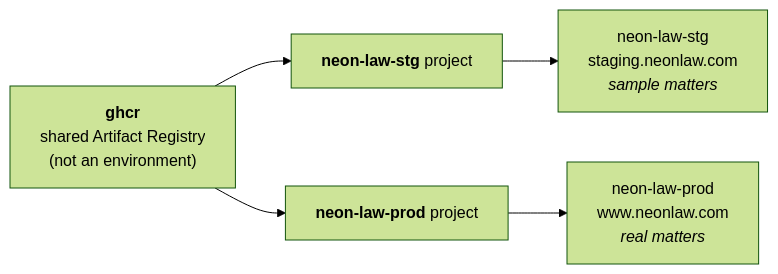
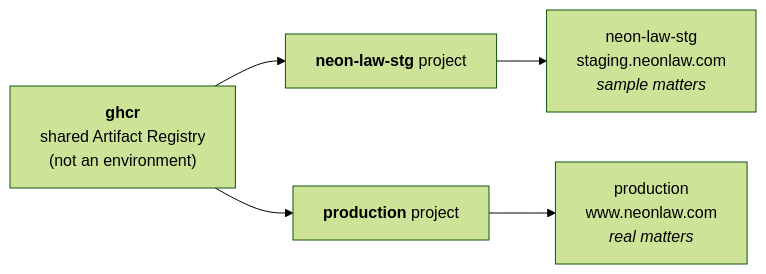
Before and after one commit to neon-law-foundation/navigator: the diagram in docs/environments.md, drawn with Mermaid (forest theme). The commit also changed other lines of this file and 27 other files, not shown here.

````diff
--- a/docs/environments.md
+++ b/docs/environments.md
@@ -26,11 +26,11 @@
 ```mermaid
 graph LR
     REG["<b>ghcr</b><br/>shared Artifact Registry<br/>(not an environment)"]
     LS["<b>neon-law-stg</b> project"]
-    NP["<b>neon-law-prod</b> project"]
+    NP["<b>production</b> project"]
 
     REG --> LS
     REG --> NP
     LS --> LSTG["neon-law-stg<br/>staging.neonlaw.com<br/><i>sample matters</i>"]
-    NP --> NPRD["neon-law-prod<br/>www.neonlaw.com<br/><i>real matters</i>"]
+    NP --> NPRD["production<br/>www.neonlaw.com<br/><i>real matters</i>"]
 ```
````
